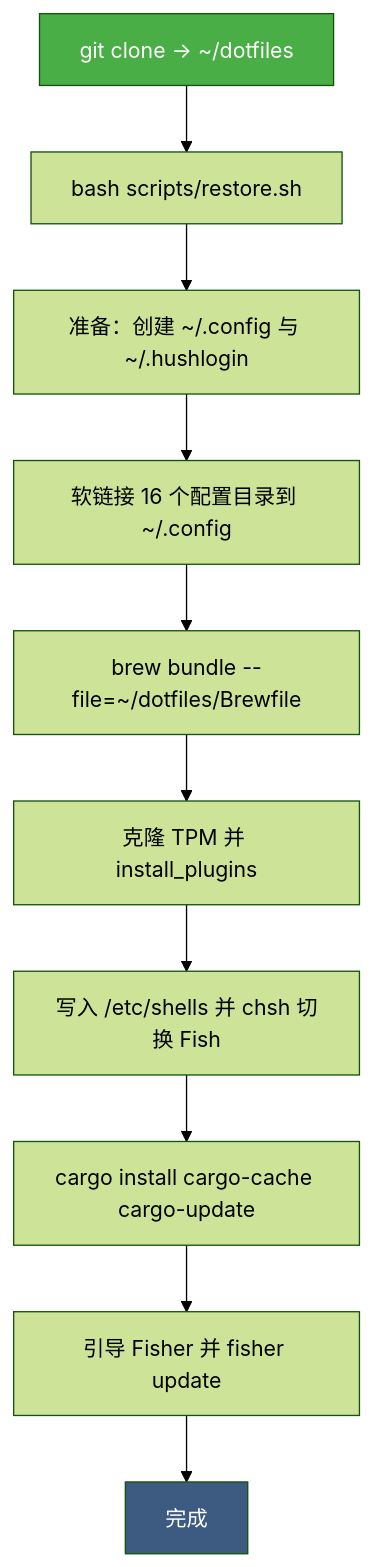
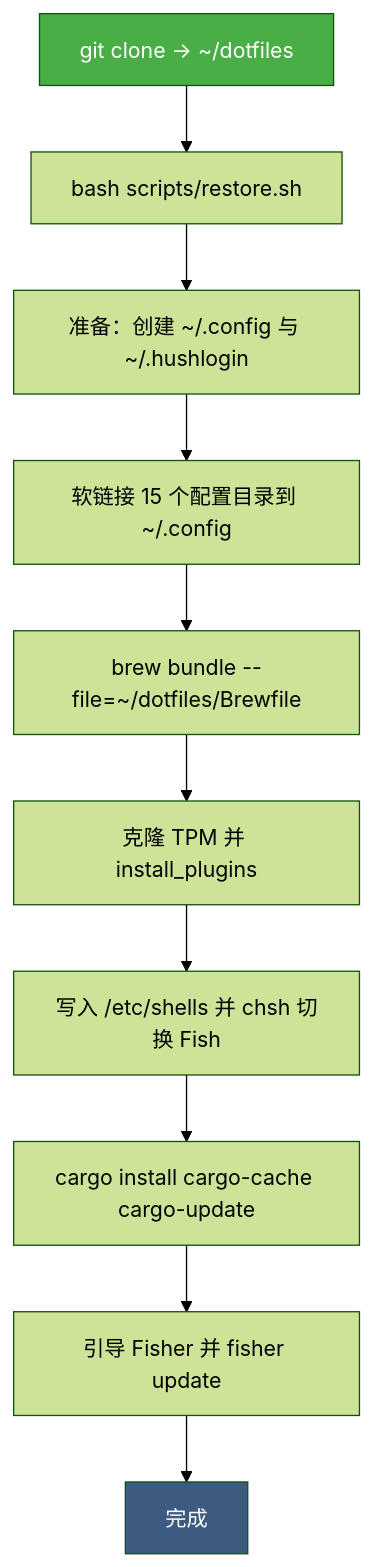
Before and after one commit to fluxixix/dotfiles: the first of 2 diagrams in README.md, drawn with Mermaid (forest theme). The commit also changed other lines of this file and 16 other files, not shown here.

````diff
--- a/README.md
+++ b/README.md
@@ -110,14 +110,14 @@
 ```mermaid
 flowchart TD
     A["git clone → ~/dotfiles"] --> B["bash scripts/restore.sh"]
     B --> C["准备：创建 ~/.config 与 ~/.hushlogin"]
-    C --> D["软链接 16 个配置目录到 ~/.config"]
+    C --> D["软链接 15 个配置目录到 ~/.config"]
     D --> E["brew bundle --file=~/dotfiles/Brewfile"]
     E --> F["克隆 TPM 并 install_plugins"]
     F --> G["写入 /etc/shells 并 chsh 切换 Fish"]
     G --> H["cargo install cargo-cache cargo-update"]
     H --> I["引导 Fisher 并 fisher update"]
     I --> Z["完成"]
     style A fill:#4aae47,color:#fff
     style Z fill:#3d5a80,color:#fff
 ```
````
